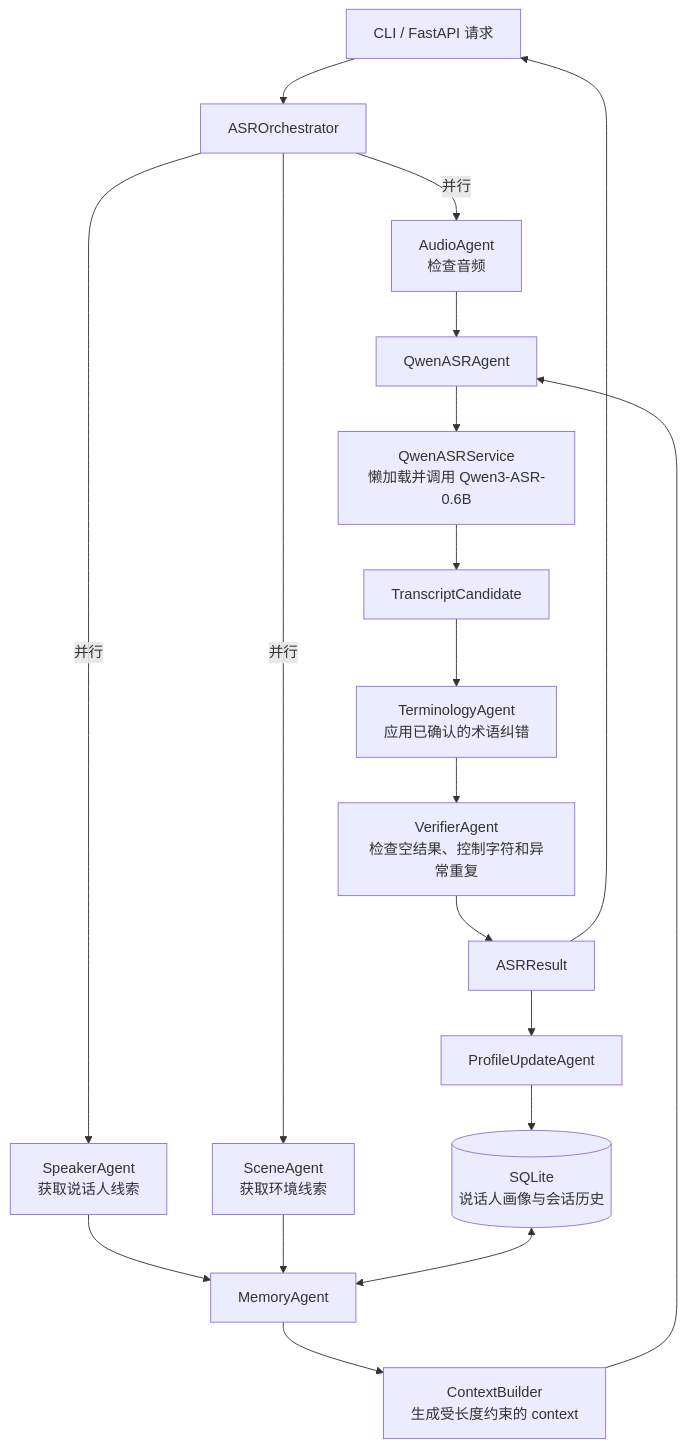
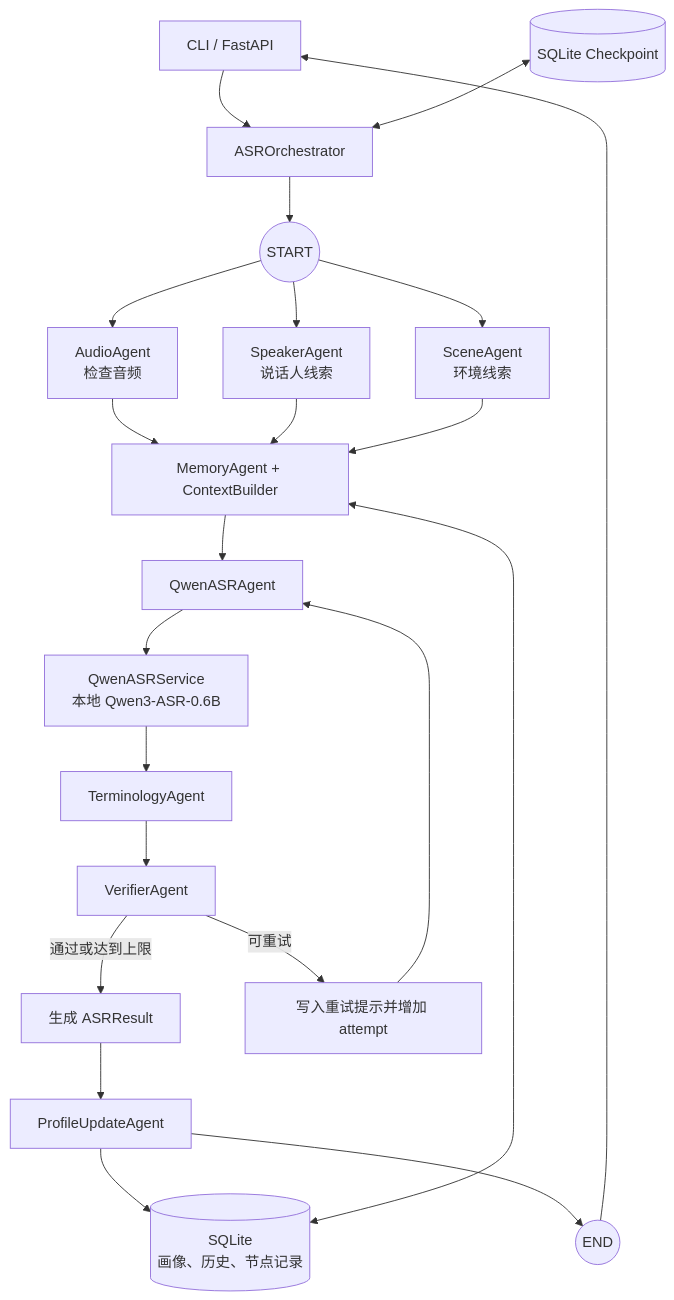
The diagram in README.md (YEZISOFTQWQ/multi-agent-asr-on-Qwen3), drawn with Mermaid before and after one commit. The commit also changed other lines of this file and 22 other files, not shown here.

````diff
--- a/README.md
+++ b/README.md
@@ -19,25 +30,30 @@
 ```mermaid
 flowchart TD
-    Client[CLI / FastAPI 请求] --> Orchestrator[ASROrchestrator]
+    Client[CLI / FastAPI] --> O[ASROrchestrator]
+    O --> Start((START))
 
-    Orchestrator -->|并行| Audio[AudioAgent<br/>检查音频]
-    Orchestrator -->|并行| Speaker[SpeakerAgent<br/>获取说话人线索]
-    Orchestrator -->|并行| Scene[SceneAgent<br/>获取环境线索]
+    Start --> Audio[AudioAgent<br/>检查音频]
+    Start --> Speaker[SpeakerAgent<br/>说话人线索]
+    Start --> Scene[SceneAgent<br/>环境线索]
 
-    Speaker --> Memory[MemoryAgent]
-    Scene --> Memory
-    DB[(SQLite<br/>说话人画像与会话历史)] <--> Memory
-    Memory --> Context[ContextBuilder<br/>生成受长度约束的 context]
+    Audio --> Context[MemoryAgent + ContextBuilder]
+    Speaker --> Context
+    Scene --> Context
+    Memory[(SQLite<br/>画像、历史、节点记录)] <--> Context
 
-    Audio --> ASR[QwenASRAgent]
-    Context --> ASR
-    ASR --> Service[QwenASRService<br/>懒加载并调用 Qwen3-ASR-0.6B]
-    Service --> Candidate[TranscriptCandidate]
+    Context --> ASR[QwenASRAgent]
+    ASR --> Service[QwenASRService<br/>本地 Qwen3-ASR-0.6B]
+    Service --> Terms[TerminologyAgent]
+    Terms --> Verify[VerifierAgent]
 
-    Candidate --> Terms[TerminologyAgent<br/>应用已确认的术语纠错]
-    Terms --> Verify[VerifierAgent<br/>检查空结果、控制字符和异常重复]
-    Verify --> Result[ASRResult]
-    Result --> Update[ProfileUpdateAgent]
-    Update --> DB
-    Result --> Client
+    Verify -->|通过或达到上限| Finalize[生成 ASRResult]
+    Verify -->|可重试| Retry[写入重试提示并增加 attempt]
+    Retry --> ASR
+
+    Finalize --> Persist[ProfileUpdateAgent]
+    Persist --> Memory
+    Persist --> End((END))
+    End --> Client
+
+    Checkpoint[(SQLite Checkpoint)] <--> O
 ```
````
